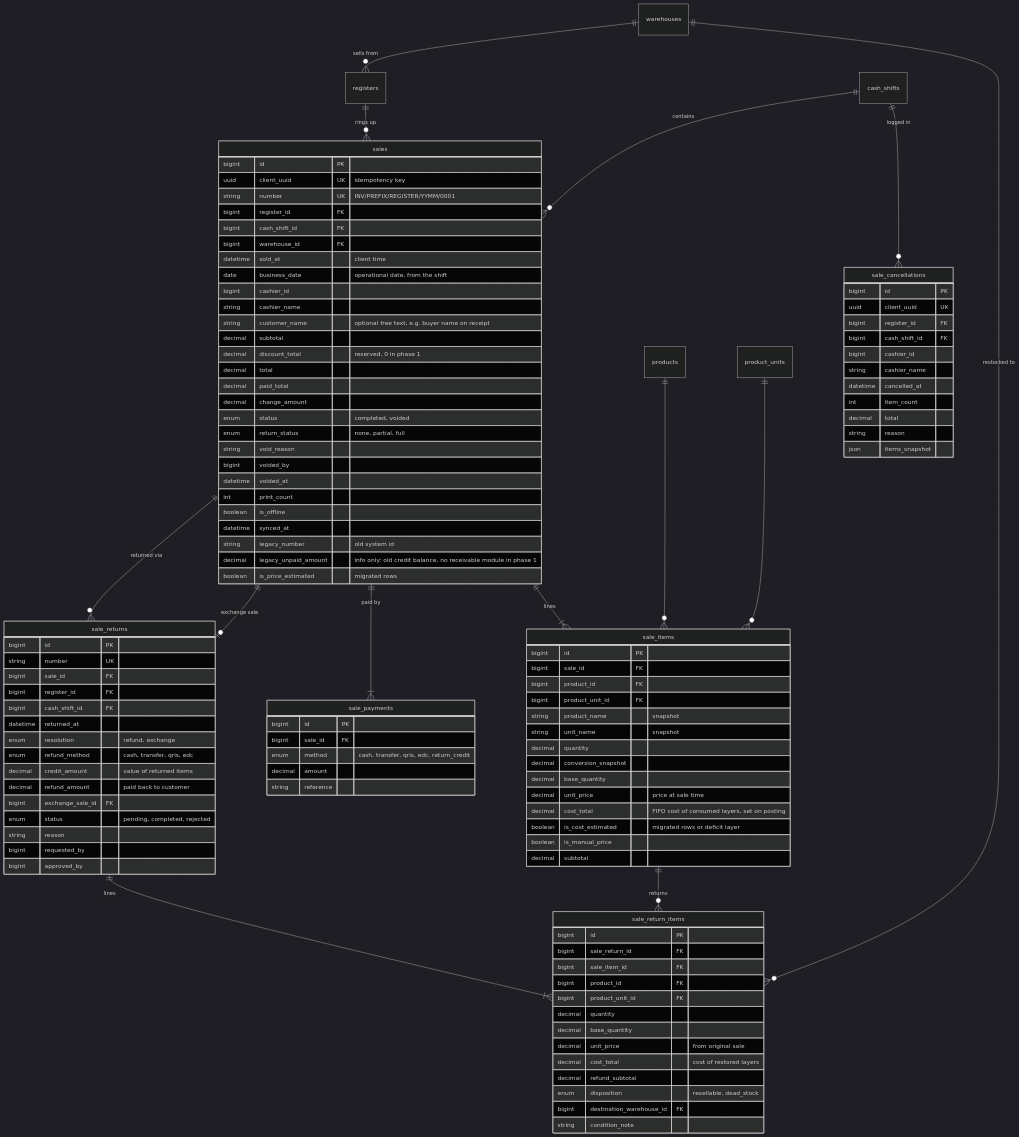
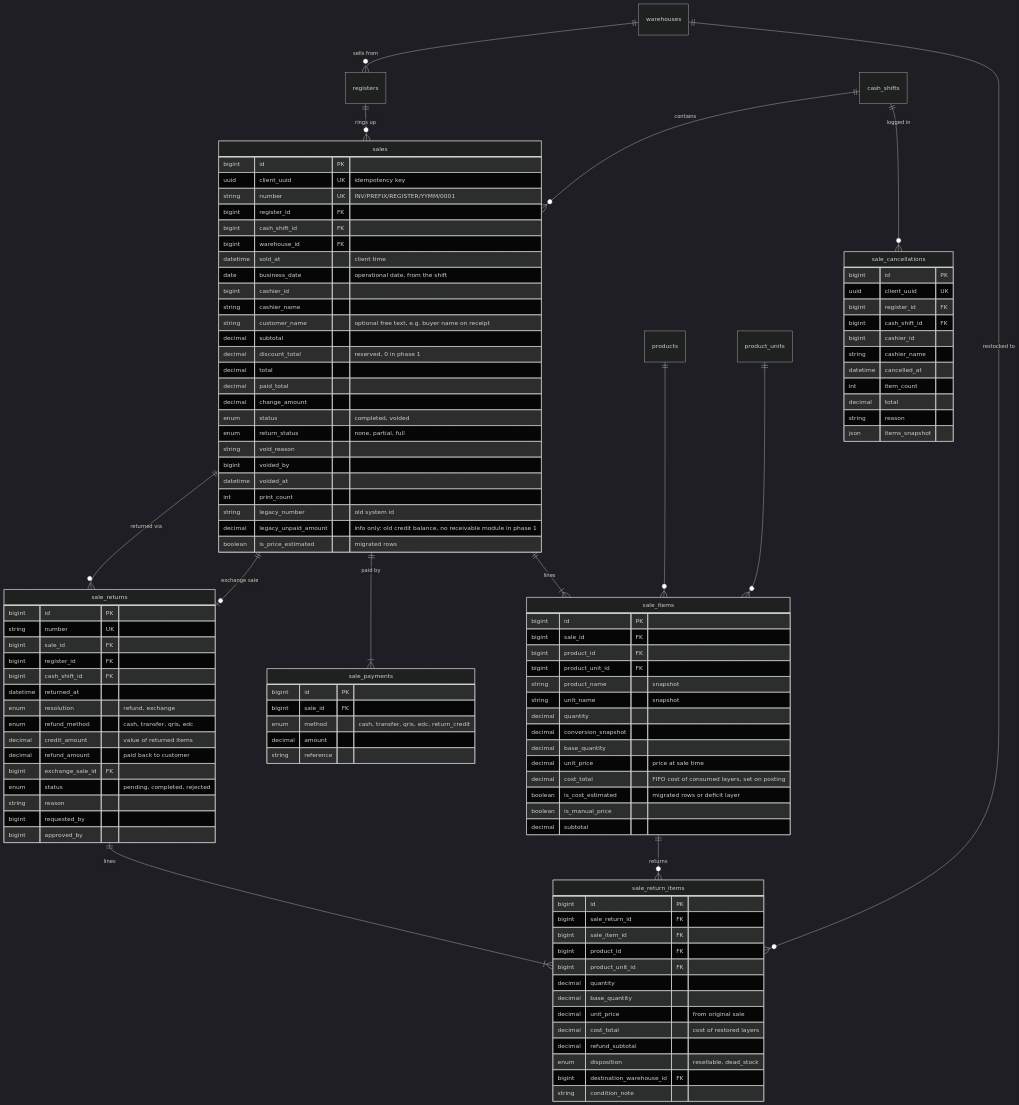
One commit to aliefpraditya/store-management changed diagram 27 of 30 in docs/analisis-sistem.md. Above: the diagram before and after it, drawn with Mermaid (dark theme). The commit also changed other lines of this file and 13 other files, not shown here.

First line of the commit message:
Redesign wireframe and diagrams for R1, split R2, add PDFs

```diff
--- a/docs/analisis-sistem.md
+++ b/docs/analisis-sistem.md
@@ -1358,8 +1364,6 @@
         bigint voided_by
         datetime voided_at
         int print_count
-        boolean is_offline
-        datetime synced_at
         string legacy_number "old system id"
         decimal legacy_unpaid_amount "info only: old credit balance, no receivable module in phase 1"
         boolean is_price_estimated "migrated rows"
```
